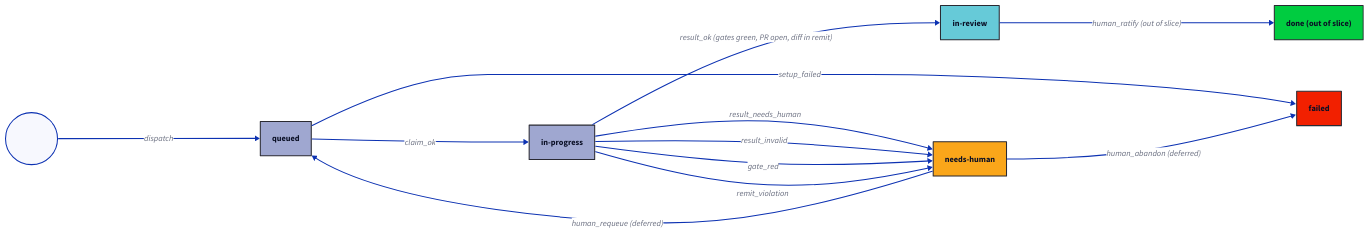
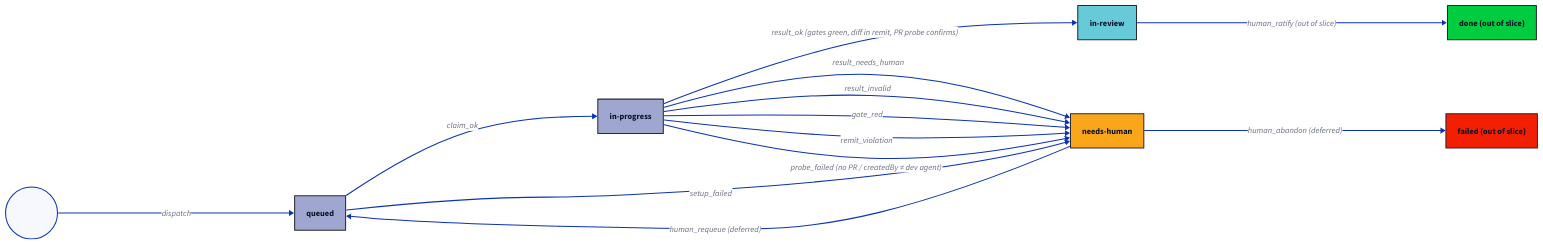
One commit to baodq97/mandat changed the diagram in docs/rfc/RFC-0001-mvp-pipeline.md. Above: the diagram before and after it, drawn with D2. The commit also changed other lines of this file, not shown here.

First line of the commit message:
docs: RFC-0001 red-team fixes — probe edge, single-key result, spike-gate credentials (#16)

````diff
--- a/docs/rfc/RFC-0001-mvp-pipeline.md
+++ b/docs/rfc/RFC-0001-mvp-pipeline.md
@@ -179,34 +192,35 @@
 ```d2
 direction: right
 
 classes: {
   st:   { style: { stroke: "#2A2A33"; fill: "#9FA7D0" } }
   ok:   { style: { stroke: "#2A2A33"; fill: "#66CAD8" } }
   hold: { style: { stroke: "#2A2A33"; fill: "#FAA61A" } }
   bad:  { style: { stroke: "#2A2A33"; fill: "#F22000" } }
   done: { style: { stroke: "#2A2A33"; fill: "#00CC40" } }
 }
 
 queued:       { class: st }
 in_progress:  { class: st; label: "in-progress" }
 in_review:    { class: ok; label: "in-review" }
 needs_human:  { class: hold; label: "needs-human" }
-failed:       { class: bad }
+failed:       { class: bad; label: "failed (out of slice)" }
 done:         { class: done; label: "done (out of slice)" }
 
 start: { shape: circle; label: "" }
 start -> queued: dispatch
 
 queued -> in_progress: claim_ok
-queued -> failed: setup_failed
+queued -> needs_human: setup_failed
 
-in_progress -> in_review: "result_ok (gates green, PR open, diff in remit)"
+in_progress -> in_review: "result_ok (gates green, diff in remit, PR probe confirms)"
 in_progress -> needs_human: "result_needs_human"
 in_progress -> needs_human: "result_invalid"
 in_progress -> needs_human: "gate_red"
 in_progress -> needs_human: "remit_violation"
+in_progress -> needs_human: "probe_failed (no PR / createdBy ≠ dev agent)"
 
 needs_human -> queued: "human_requeue (deferred)"
 needs_human -> failed: "human_abandon (deferred)"
 in_review -> done: "human_ratify (out of slice)"
 ```
````
